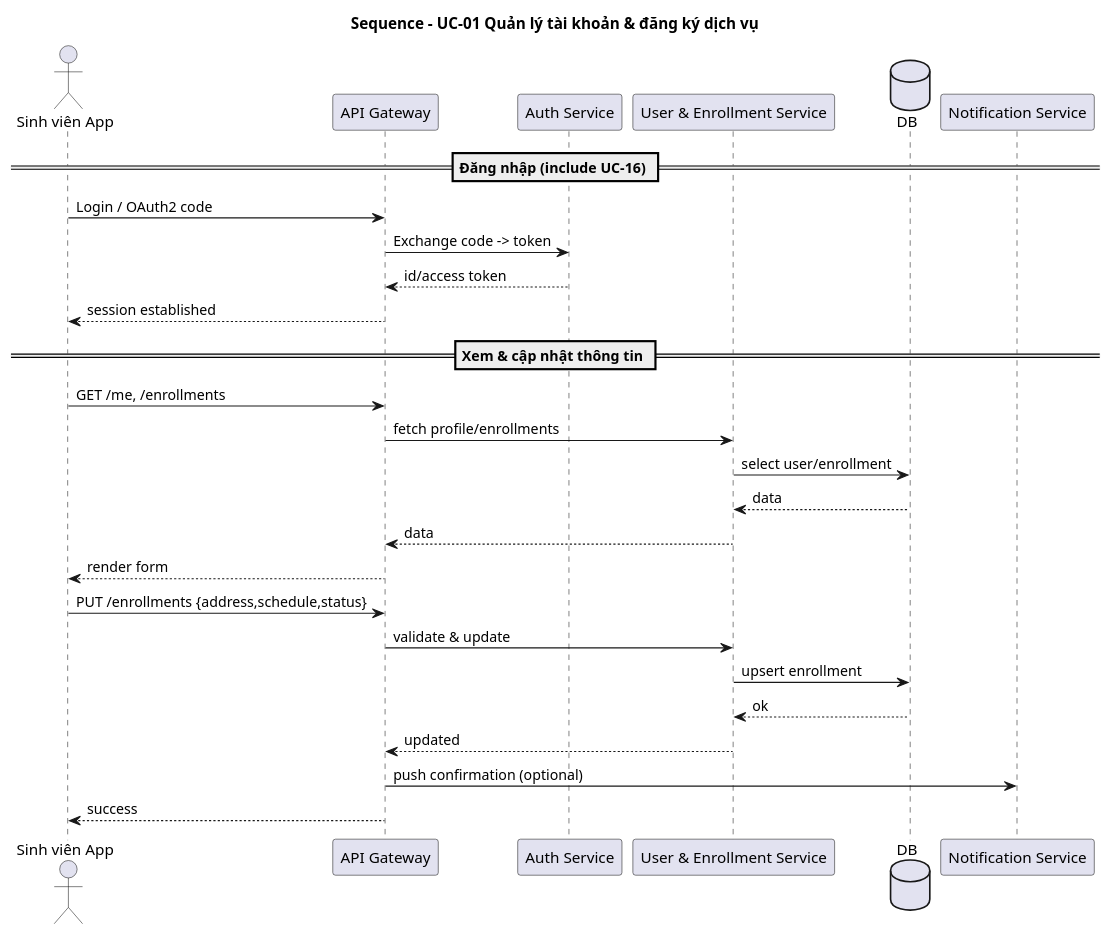
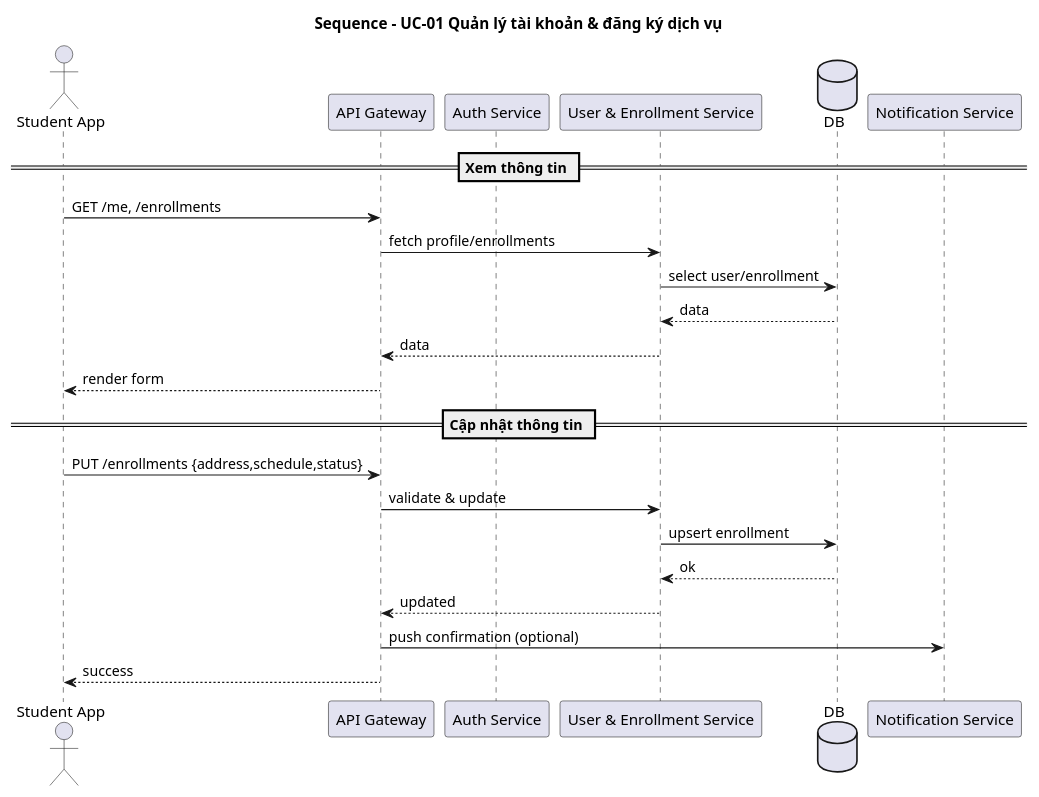
One commit to phuongbv00/hust-bus-stop changed the diagram in docs/uml/sequence/sequence_uc01_account_and_enrollment.puml. Above: the diagram before and after it, drawn with PlantUML. The commit also changed 3 other files, not shown here.

Commit message:
docs: update diagrams

```diff
--- a/docs/uml/sequence/sequence_uc01_account_and_enrollment.puml
+++ b/docs/uml/sequence/sequence_uc01_account_and_enrollment.puml
@@ -1,31 +1,25 @@
 @startuml
 title Sequence - UC-01 Quản lý tài khoản & đăng ký dịch vụ
-actor "Sinh viên App" as StudentApp
+actor "Student App" as StudentApp
 participant "API Gateway" as API
 participant "Auth Service" as Auth
 participant "User & Enrollment Service" as UserSvc
 database "DB" as DB
 participant "Notification Service" as Notif
 
-== Đăng nhập (include UC-16) ==
-StudentApp -> API : Login / OAuth2 code
-API -> Auth : Exchange code -> token
-Auth --> API : id/access token
-API --> StudentApp : session established
-
-== Xem & cập nhật thông tin ==
+== Xem thông tin ==
 StudentApp -> API : GET /me, /enrollments
 API -> UserSvc : fetch profile/enrollments
 UserSvc -> DB : select user/enrollment
 DB --> UserSvc : data
 UserSvc --> API : data
 API --> StudentApp : render form
-
+== Cập nhật thông tin ==
 StudentApp -> API : PUT /enrollments {address,schedule,status}
 API -> UserSvc : validate & update
 UserSvc -> DB : upsert enrollment
 DB --> UserSvc : ok
 UserSvc --> API : updated
 API -> Notif : push confirmation (optional)
 API --> StudentApp : success
 @enduml
```
